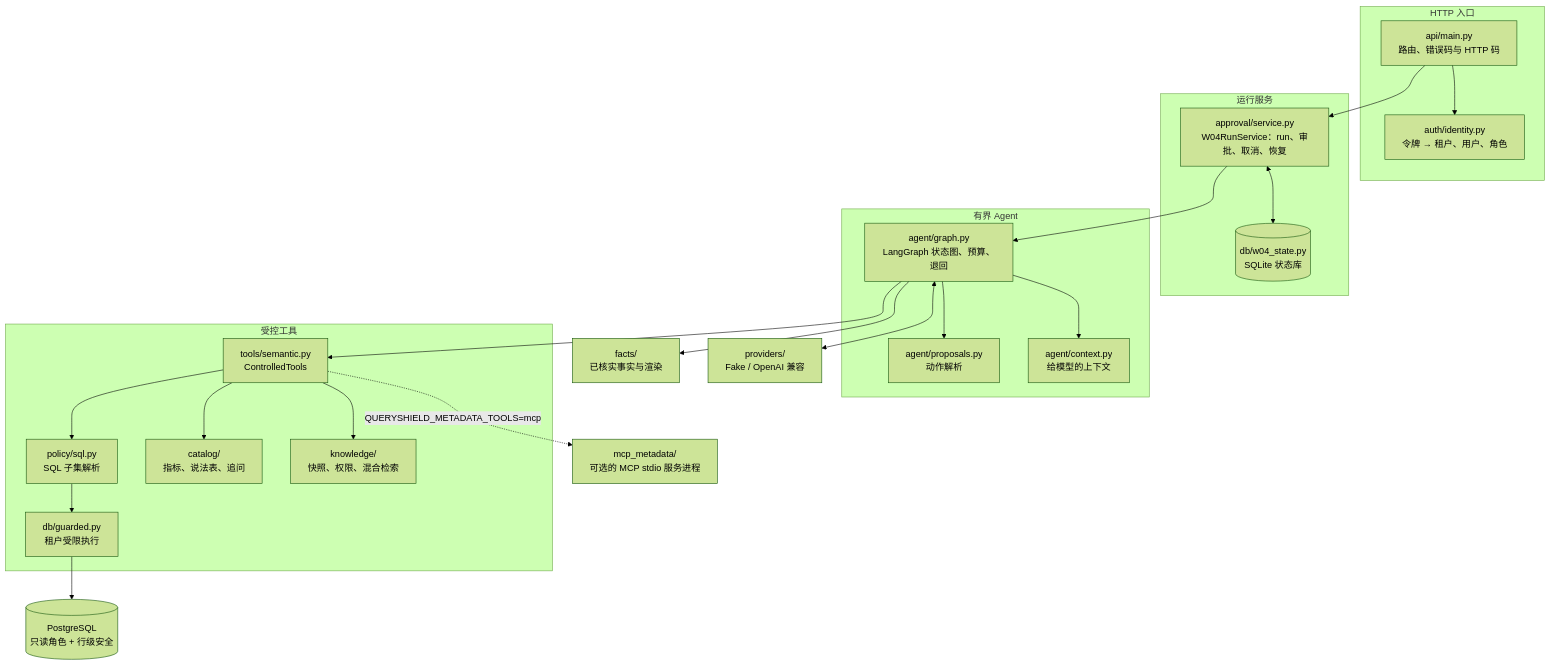
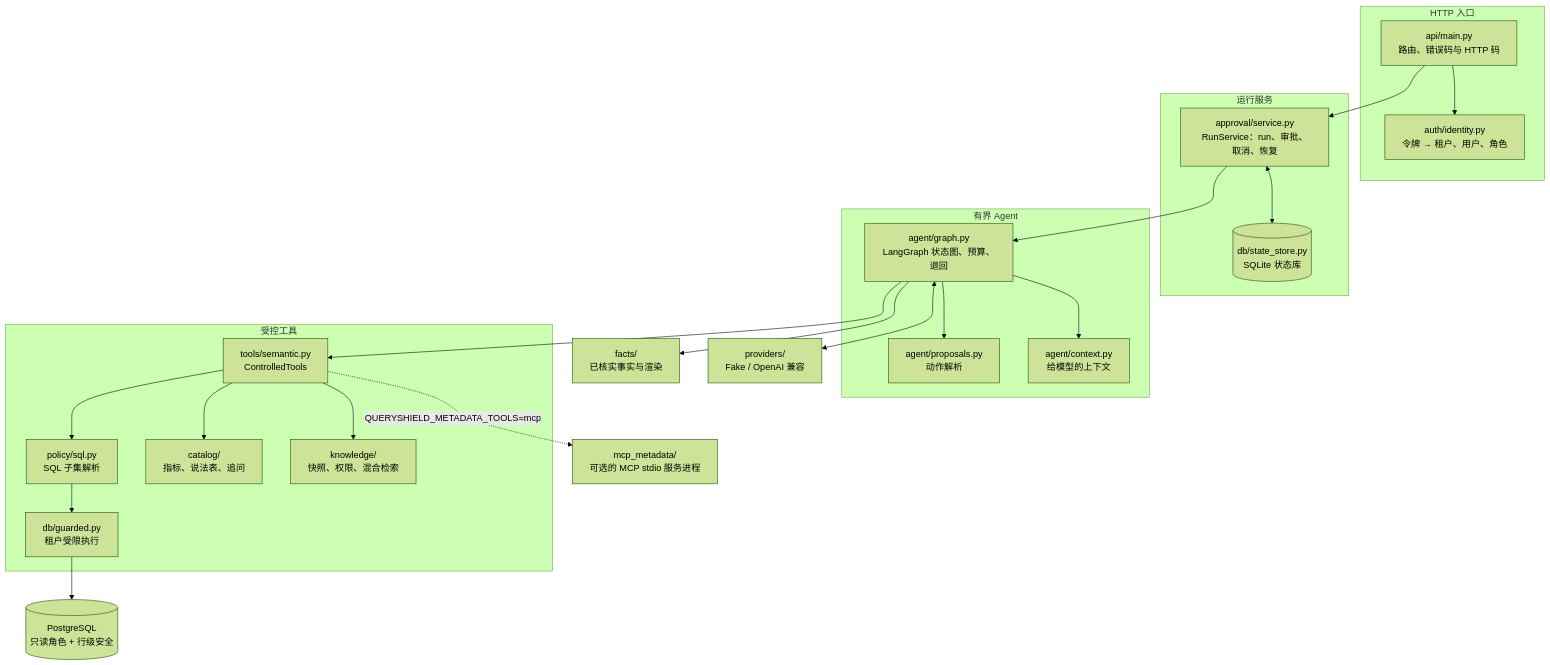
One commit to Jonsonwu0823-coding/queryshield changed the first of 2 diagrams in docs/architecture.md. Above: the diagram before and after it, drawn with Mermaid (forest theme). The commit also changed other lines of this file and 330 other files, not shown here.

````diff
--- a/docs/architecture.md
+++ b/docs/architecture.md
@@ -7,41 +7,41 @@
 ```mermaid
 flowchart TB
     subgraph HTTP["HTTP 入口"]
         API["api/main.py<br/>路由、错误码与 HTTP 码"]
         AUTH["auth/identity.py<br/>令牌 → 租户、用户、角色"]
     end
     subgraph RUN["运行服务"]
-        SVC["approval/service.py<br/>W04RunService：run、审批、取消、恢复"]
-        STATE[("db/w04_state.py<br/>SQLite 状态库")]
+        SVC["approval/service.py<br/>RunService：run、审批、取消、恢复"]
+        STATE[("db/state_store.py<br/>SQLite 状态库")]
     end
     subgraph AGENT["有界 Agent"]
         GRAPH["agent/graph.py<br/>LangGraph 状态图、预算、退回"]
         PROP["agent/proposals.py<br/>动作解析"]
         CTX["agent/context.py<br/>给模型的上下文"]
     end
     subgraph TOOLS["受控工具"]
         SEM["tools/semantic.py<br/>ControlledTools"]
         POL["policy/sql.py<br/>SQL 子集解析"]
         EXE["db/guarded.py<br/>租户受限执行"]
         CAT["catalog/<br/>指标、说法表、追问"]
         KN["knowledge/<br/>快照、权限、混合检索"]
     end
     FACTS["facts/<br/>已核实事实与渲染"]
     MODEL["providers/<br/>Fake / OpenAI 兼容"]
     MCPS["mcp_metadata/<br/>可选的 MCP stdio 服务进程"]
     PG[("PostgreSQL<br/>只读角色 + 行级安全")]
 
     API --> AUTH
     API --> SVC
     SVC <--> STATE
     SVC --> GRAPH
     GRAPH --> PROP
     GRAPH --> CTX
     GRAPH <--> MODEL
     GRAPH --> SEM
     GRAPH --> FACTS
     SEM --> POL --> EXE --> PG
     SEM --> CAT
     SEM --> KN
     SEM -. "QUERYSHIELD_METADATA_TOOLS=mcp" .-> MCPS
 ```
````
